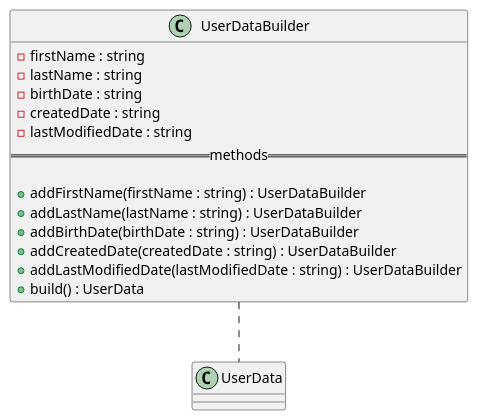
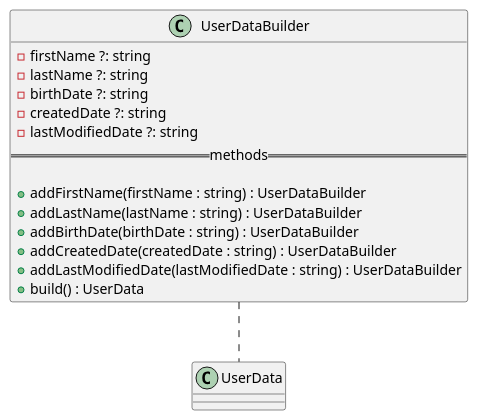
One commit to GruppOne/stalker-web-app changed the diagram in docs/diagrams/classes/User/UserDataBuilder.pu. Above: the diagram before and after it, drawn with PlantUML. The commit also changed 16 other files, not shown here.

```diff
--- a/docs/diagrams/classes/User/UserDataBuilder.pu
+++ b/docs/diagrams/classes/User/UserDataBuilder.pu
@@ -1,19 +1,19 @@
 @startuml UserDataBuilder Diagram
 class UserDataBuilder {
-  - firstName : string
-  - lastName : string
-  - birthDate : string
-  - createdDate : string
-  - lastModifiedDate : string
+  - firstName ?: string
+  - lastName ?: string
+  - birthDate ?: string
+  - createdDate ?: string
+  - lastModifiedDate ?: string
   ==methods==
 
   + addFirstName(firstName : string) : UserDataBuilder
   + addLastName(lastName : string) : UserDataBuilder
   + addBirthDate(birthDate : string) : UserDataBuilder
   + addCreatedDate(createdDate : string) : UserDataBuilder
   + addLastModifiedDate(lastModifiedDate : string) : UserDataBuilder
   + build() : UserData
 }
 
 UserDataBuilder .. UserData
 @enduml
```
